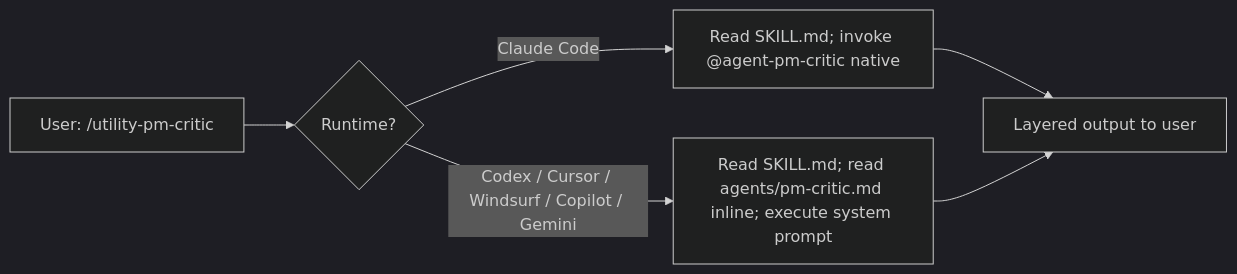
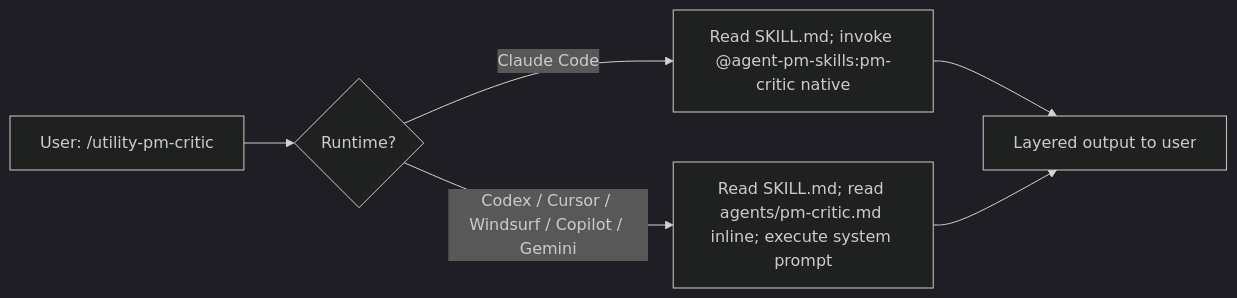
The third of 4 diagrams in docs/contributing/sub-agent-design-patterns.md (product-on-purpose/pm-skills), drawn with Mermaid (dark theme) before and after one commit. The commit also changed other lines of this file and 21 other files, not shown here.

````diff
--- a/docs/contributing/sub-agent-design-patterns.md
+++ b/docs/contributing/sub-agent-design-patterns.md
@@ -151,8 +151,8 @@
 ```mermaid
 flowchart LR
     A[User: /utility-pm-critic] --> B{Runtime?}
-    B -->|Claude Code| C[Read SKILL.md; invoke @agent-pm-critic native]
+    B -->|Claude Code| C[Read SKILL.md; invoke @agent-pm-skills:pm-critic native]
     B -->|Codex / Cursor / Windsurf / Copilot / Gemini| D[Read SKILL.md; read agents/pm-critic.md inline; execute system prompt]
     C --> E[Layered output to user]
     D --> E
 ```
````
